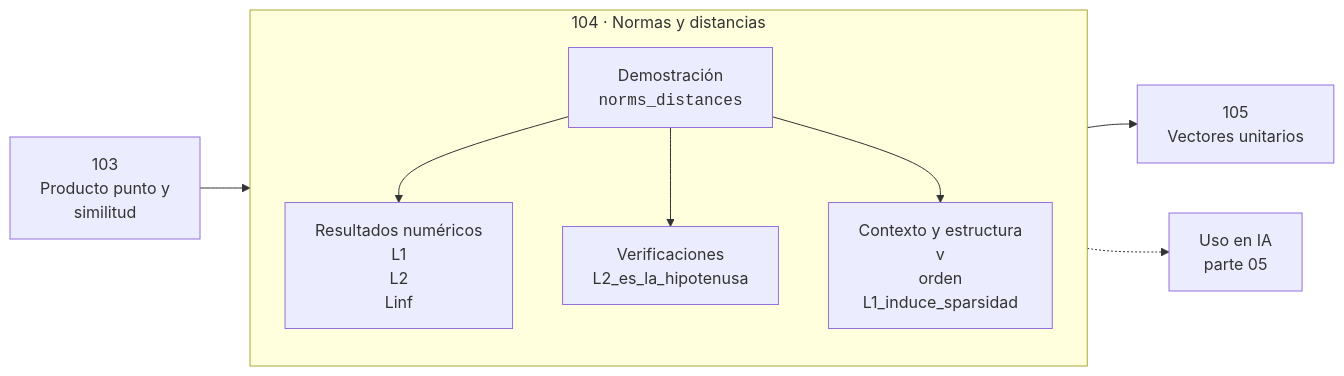
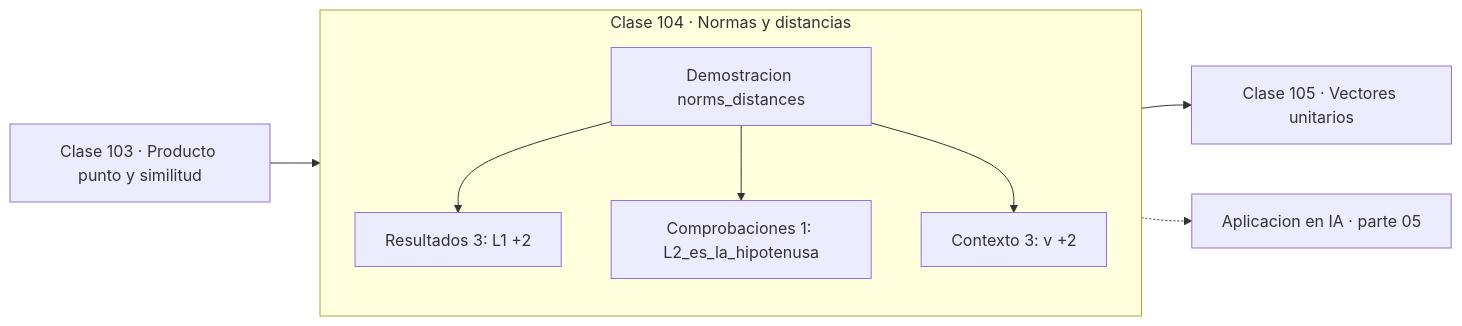
The diagram in classes/part-05-algebra-lineal-i-vectores-y-matrices/104-normas-y-distancias/README.md (vladimiracunadev-create/computational-mathematics-program), drawn with Mermaid before and after one commit. The commit also changed 389 other files, not shown here.

First line of the commit message:
fix(diagramas): elimina el HTML de las etiquetas Mermaid

````diff
--- a/classes/part-05-algebra-lineal-i-vectores-y-matrices/104-normas-y-distancias/README.md
+++ b/classes/part-05-algebra-lineal-i-vectores-y-matrices/104-normas-y-distancias/README.md
@@ -30,12 +30,13 @@
 ```mermaid
 flowchart LR
-    P["103<br/>Producto punto y<br/>similitud"] --> C
-    subgraph C["104 · Normas y distancias"]
+    P["Clase 103 · Producto punto y similitud"] --> D
+    subgraph CLASE["Clase 104 · Normas y distancias"]
         direction TB
-        D["Demostración<br/><code>norms_distances</code>"] --> R["Resultados numéricos<br/>L1<br/>L2<br/>Linf"]
-        D --> V["Verificaciones<br/>L2_es_la_hipotenusa"]
-        D --> O["Contexto y estructura<br/>v<br/>orden<br/>L1_induce_sparsidad"]
+        D["Demostracion norms_distances"]
+        D --> R["Resultados 3: L1 +2"]
+        D --> V["Comprobaciones 1: L2_es_la_hipotenusa"]
+        D --> O["Contexto 3: v +2"]
     end
-    C --> N["105<br/>Vectores unitarios"]
-    C -.-> IA["Uso en IA<br/>parte 05"]
+    R --> N["Clase 105 · Vectores unitarios"]
+    V -.-> IA["Aplicacion en IA · parte 05"]
 ```
````
